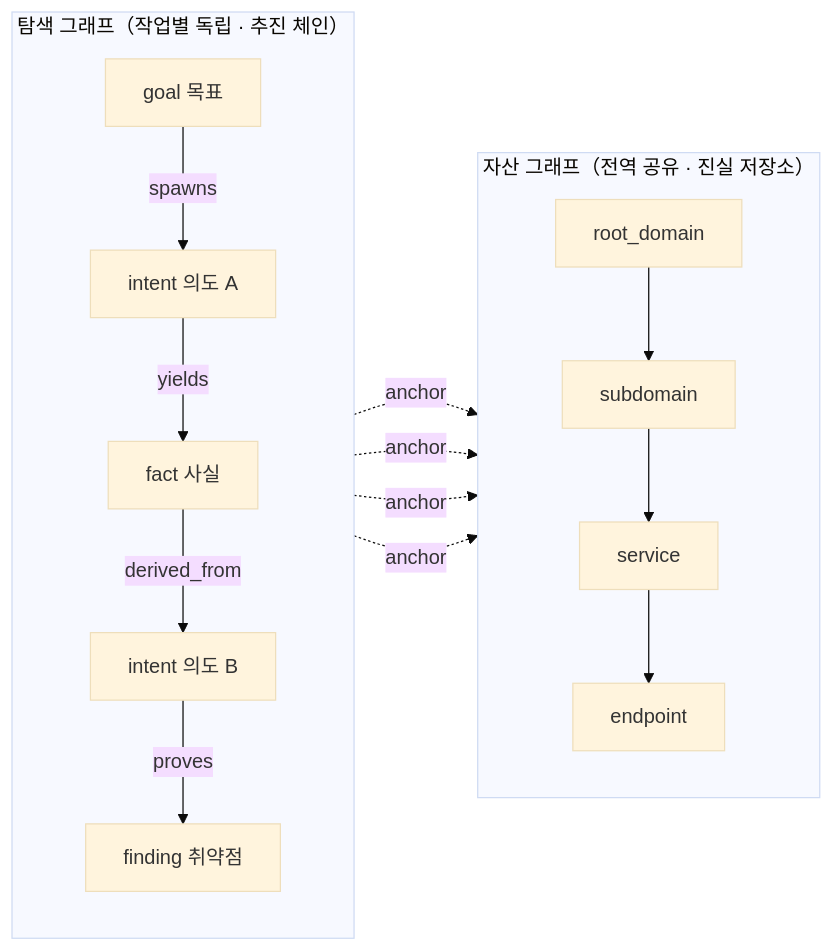
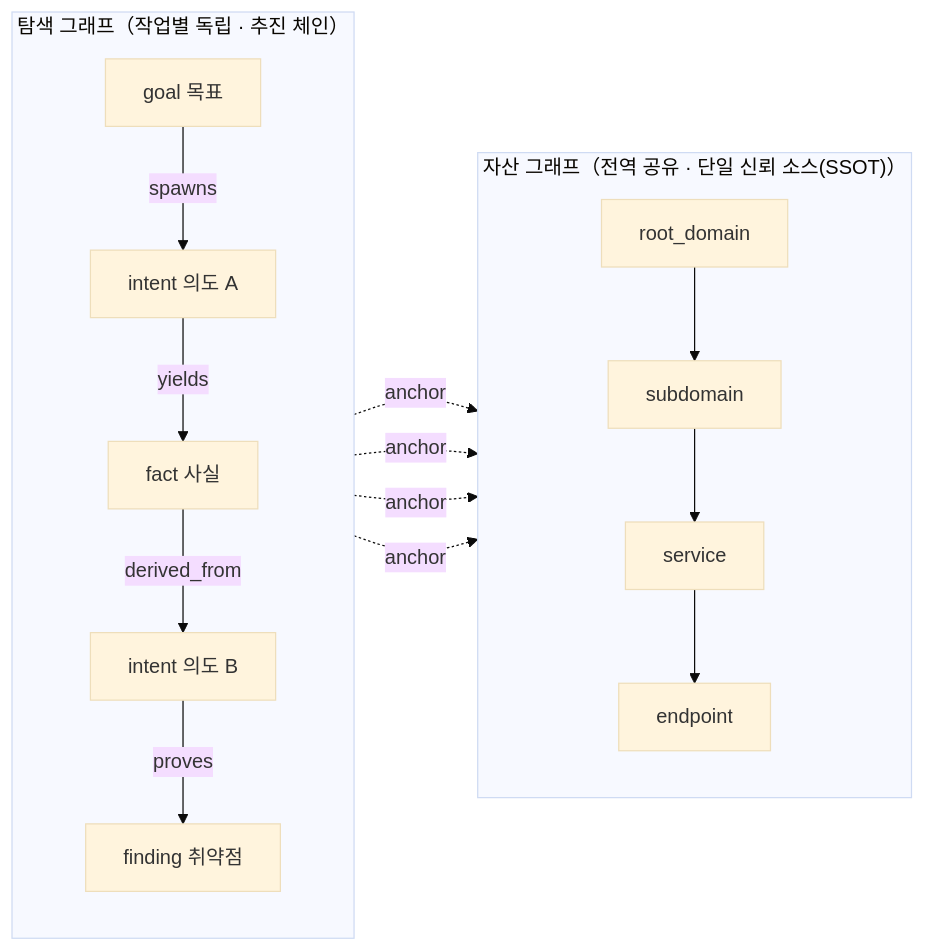
The second of 5 diagrams in README.ko.md (Doyoun510/ARTEX_ko), drawn with Mermaid (base theme) before and after one commit. The commit also changed other lines of this file, not shown here.

````diff
--- a/README.ko.md
+++ b/README.ko.md
@@ -357,27 +357,27 @@
 ```mermaid
 flowchart LR
   subgraph EG["탐색 그래프（작업별 독립 · 추진 체인）"]
     direction TB
     G["goal 목표"]
     I1["intent 의도 A"]
     F1["fact 사실"]
     I2["intent 의도 B"]
     FD["finding 취약점"]
     G -->|spawns| I1
     I1 -->|yields| F1
     F1 -->|derived_from| I2
     I2 -->|proves| FD
   end
-  subgraph AG["자산 그래프（전역 공유 · 진실 저장소）"]
+  subgraph AG["자산 그래프（전역 공유 · 단일 신뢰 소스(SSOT)）"]
     direction TB
     RD["root_domain"]
     SD["subdomain"]
     SV["service"]
     EP["endpoint"]
     RD --> SD --> SV --> EP
   end
   I1 -. anchor .-> SD
   F1 -. anchor .-> SV
   I2 -. anchor .-> EP
   FD -. anchor .-> EP
 ```
````
